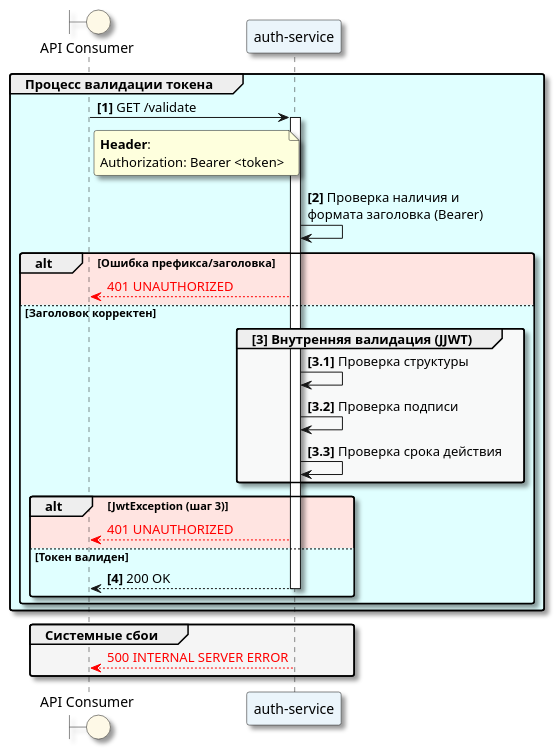
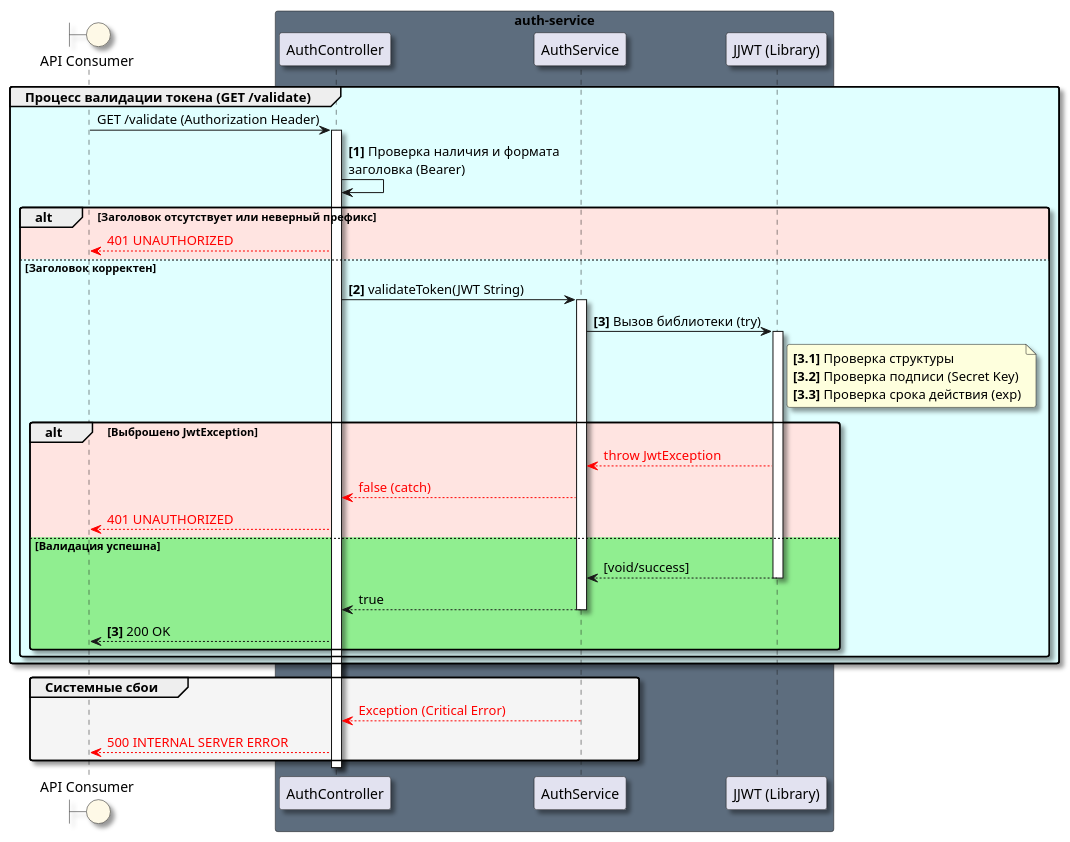
One commit to ni1a207/Healthcare-System changed the diagram in Docs/As is/Diagrams/GET.validate.puml. Above: the diagram before and after it, drawn with PlantUML. The commit also changed 6 other files, not shown here.

```diff
--- a/Docs/As is/Diagrams/GET.validate.puml
+++ b/Docs/As is/Diagrams/GET.validate.puml
@@ -1,43 +1,58 @@
 @startuml
 skinparam Shadowing true
 skinparam RoundCorner 5
 skinparam MaxMessageSize 250
 
-boundary "API Consumer" as GW #FEF9E7
-participant "auth-service" as Auth #EBF5FB
+boundary "API Consumer" as AC #FEF9E7
 
-group #LightCyan Процесс валидации токена
-    GW -> Auth: **[1]** GET /validate
-    note right of GW
-    **Header**:
-    Authorization: Bearer <token>
-    end note
-    activate Auth
+box "auth-service" #5D6D7E
+    participant "AuthController" as Ctrl
+    participant "AuthService" as Service
+    participant "JJWT (Library)" as Utils
+end box
 
-    Auth -> Auth: **[2]** Проверка наличия и\nформата заголовка (Bearer)
+group #LightCyan Процесс валидации токена (GET /validate)
+    AC -> Ctrl: GET /validate (Authorization Header)
+    activate Ctrl
 
-    alt #MistyRose Ошибка префикса/заголовка
-        Auth --[#red]> GW: <color:#red>401 UNAUTHORIZED</color>
+    Ctrl -> Ctrl: **[1]** Проверка наличия и формата\nзаголовка (Bearer)
+
+    alt #MistyRose Заголовок отсутствует или неверный префикс
+        Ctrl --[#red]> AC: <color:#red>401 UNAUTHORIZED</color>
     else #LightCyan Заголовок корректен
 
-        group #F8F9F9 **[3]** Внутренняя валидация (JJWT)
-            Auth -> Auth: **[3.1]** Проверка структуры
-            Auth -> Auth: **[3.2]** Проверка подписи
-            Auth -> Auth: **[3.3]** Проверка срока действия
-        end
+        Ctrl -> Service: **[2]** validateToken(JWT String)
+        activate Service
 
-        alt #MistyRose JwtException (шаг 3)
-            Auth --[#red]> GW: <color:#red>401 UNAUTHORIZED</color>
-        else #LightCyan Токен валиден
-            Auth --> GW: **[4]** 200 OK
-            deactivate Auth
+        Service -> Utils: **[3]** Вызов библиотеки (try)
+        activate Utils
 
+        note right of Utils
+          **[3.1]** Проверка структуры
+          **[3.2]** Проверка подписи (Secret Key)
+          **[3.3]** Проверка срока действия (exp)
+        end note
+
+        alt #MistyRose Выброшено JwtException
+            Utils --[#red]> Service: <color:#red>throw JwtException</color>
+            Service --[#red]> Ctrl: <color:#red>false (catch)</color>
+            Ctrl --[#red]> AC: <color:#red>401 UNAUTHORIZED</color>
+        else #LightGreen Валидация успешна
+            Utils --> Service: [void/success]
+            deactivate Utils
+
+            Service --> Ctrl: true
+            deactivate Service
+
+            Ctrl --> AC: **[3]** 200 OK
         end
     end
 end
 
+group #WhiteSmoke Системные сбои
+    Service --[#red]> Ctrl: <color:#red>Exception (Critical Error)</color>
+    Ctrl --[#red]> AC: <color:#red>500 INTERNAL SERVER ERROR</color>
+end
 
-group #WhiteSmoke Системные сбои
-    Auth --[#red]> GW: <color:#red>500 INTERNAL SERVER ERROR</color>
-end
+deactivate Ctrl
 @enduml
```
